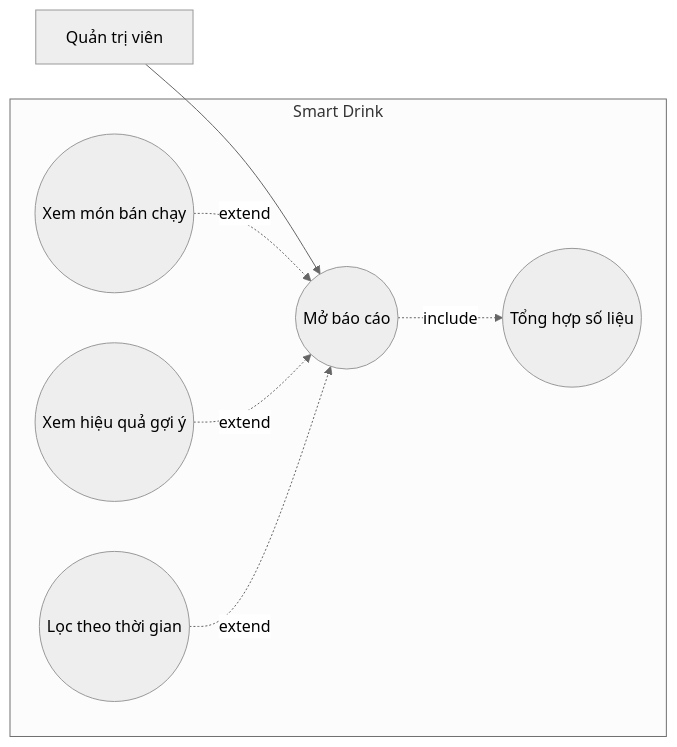
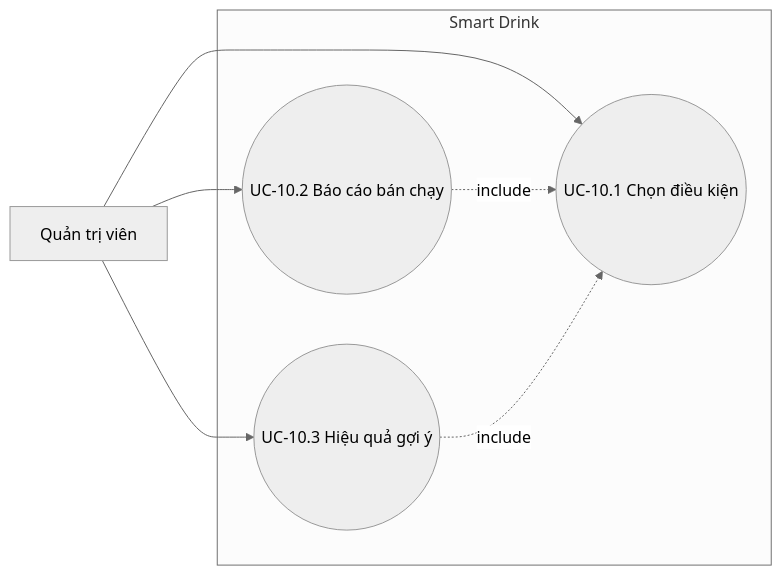
Before and after one commit to alisa12405/drink_app: the tenth of 10 diagrams in tai_lieu_phan_tich_thiet_ke_he_thong/03-dac-ta-ca-su-dung.md, drawn with Mermaid (neutral theme). The commit also changed other lines of this file and 4 other files, not shown here.

````diff
--- a/tai_lieu_phan_tich_thiet_ke_he_thong/03-dac-ta-ca-su-dung.md
+++ b/tai_lieu_phan_tich_thiet_ke_he_thong/03-dac-ta-ca-su-dung.md
@@ -324,16 +517,14 @@
 ```mermaid
 flowchart LR
     Admin[Quản trị viên]
     subgraph SYS[Smart Drink]
-        Reports((Mở báo cáo))
-        Best((Xem món bán chạy))
-        Effect((Xem hiệu quả gợi ý))
-        Filter((Lọc theo thời gian))
-        Aggregate((Tổng hợp số liệu))
+        Filter((UC-10.1 Chọn điều kiện))
+        Best((UC-10.2 Báo cáo bán chạy))
+        Effect((UC-10.3 Hiệu quả gợi ý))
     end
-    Admin --> Reports
-    Best -. extend .-> Reports
-    Effect -. extend .-> Reports
-    Filter -. extend .-> Reports
-    Reports -. include .-> Aggregate
+    Admin --> Filter
+    Admin --> Best
+    Admin --> Effect
+    Best -. include .-> Filter
+    Effect -. include .-> Filter
 ```
````
